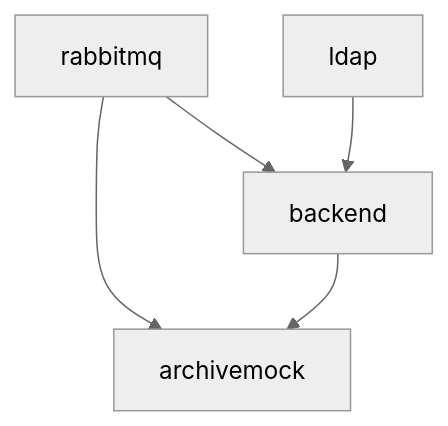
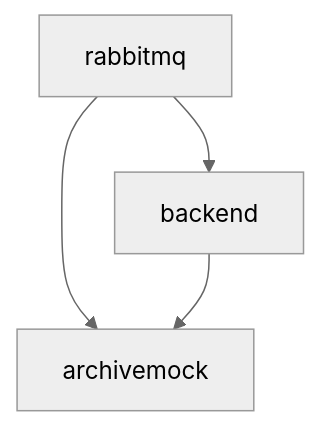
Before and after one commit to SciCatProject/scicatlive: the diagram in services/backend/services/v3/README.md, drawn with Mermaid (neutral theme). The commit also changed other lines of this file and 4 other files, not shown here.

````diff
--- a/services/backend/services/v3/README.md
+++ b/services/backend/services/v3/README.md
@@ -78,7 +78,6 @@
 ```mermaid
-graph TD   
+graph TD
     rabbitmq --> archivemock
     rabbitmq --> backend
-    ldap --> backend
     backend --> archivemock
 ```
````
